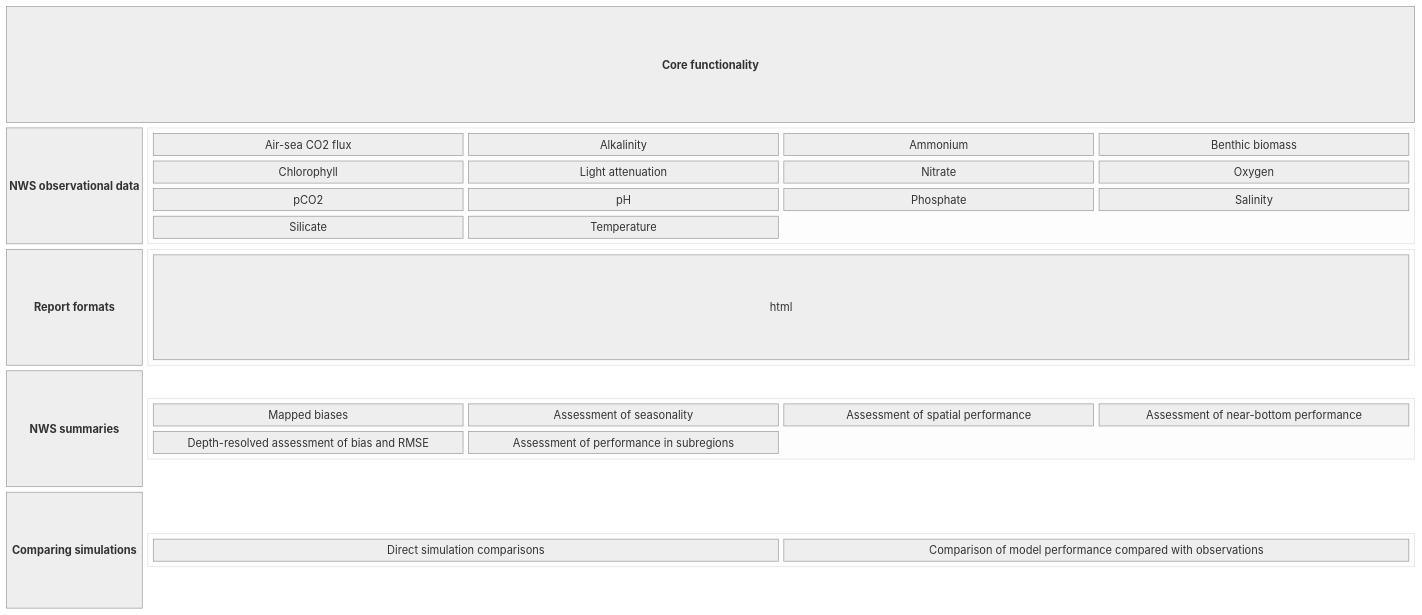
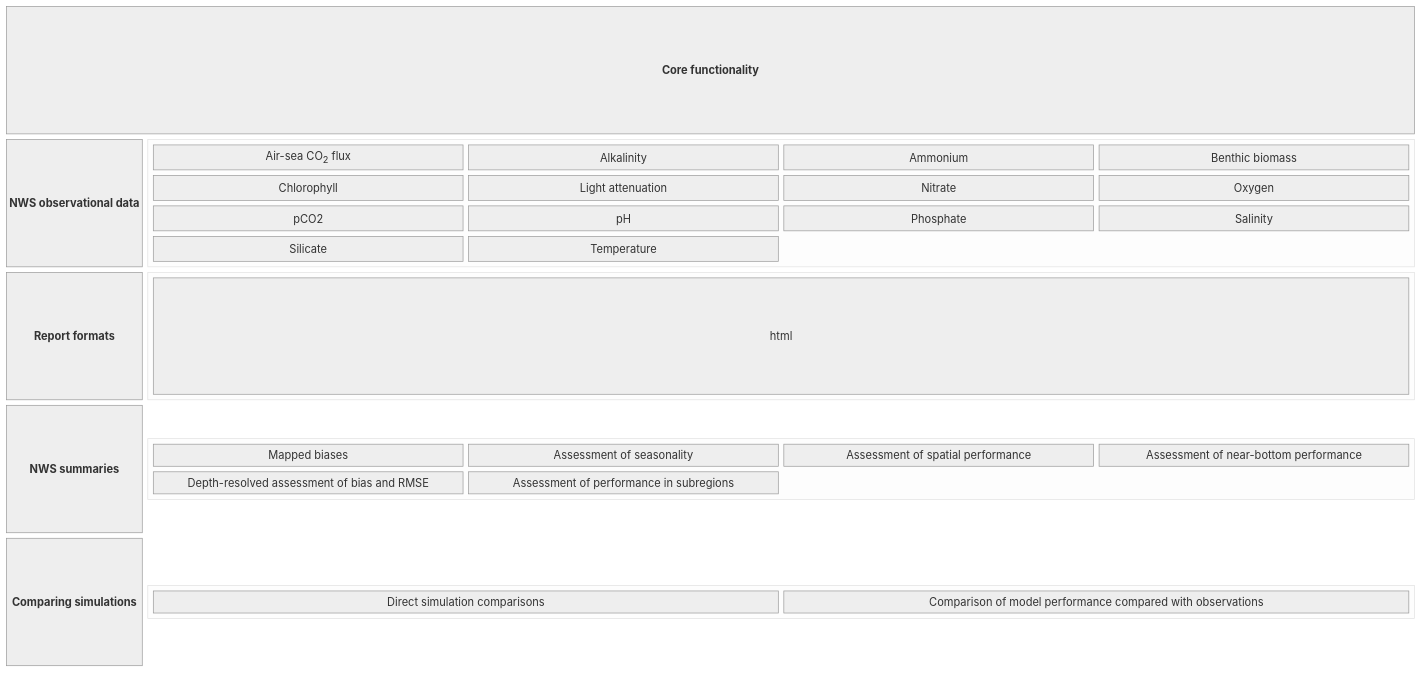
Before and after one commit to pmlmodelling/oceanVal: the diagram in README.md, drawn with Mermaid (neutral theme).

Commit message:
try subscript

````diff
--- a/README.md
+++ b/README.md
@@ -18,28 +18,28 @@
 ```mermaid 
 
 
 block-beta
   columns 10 
   a["<b>Core functionality"]:10
   b["<b>NWS observational data"]
   block:group2:9
     columns 4 
-    c["Air-sea CO2 flux"] d["Alkalinity"] e["Ammonium"] f["Benthic biomass"] g["Chlorophyll"] h["Light attenuation"]  i["Nitrate"] j["Oxygen"] k["pCO2"] l["pH"] m["Phosphate"] n["Salinity"] o["Silicate"] p["Temperature"] 
+    c["Air-sea CO<sub>2</sub> flux"] d["Alkalinity"] e["Ammonium"] f["Benthic biomass"] g["Chlorophyll"] h["Light attenuation"]  i["Nitrate"] j["Oxygen"] k["pCO2"] l["pH"] m["Phosphate"] n["Salinity"] o["Silicate"] p["Temperature"] 
   end
    ae["<b>Report formats"]
     block:group4:9
     columns 1
     af["html"]
    end
    al["<b>NWS summaries"]
     block:group6:9
     columns 4
     am["Mapped biases"] an["Assessment of seasonality"] ao["Assessment of spatial performance"] ap["Assessment of near-bottom performance"] aq["Depth-resolved assessment of bias and RMSE"] ar["Assessment of performance in subregions"]
    end
    as["<b>Comparing simulations"]
     block:group7:9
     columns 4
     at["Direct simulation comparisons"] au["Comparison of model performance compared with observations"] 
    end
 
 ```
````
